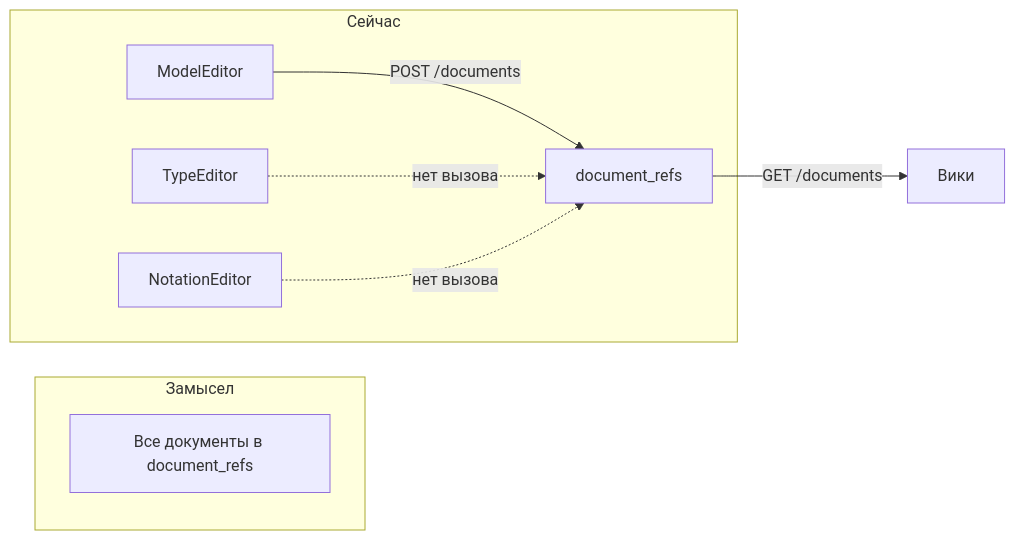
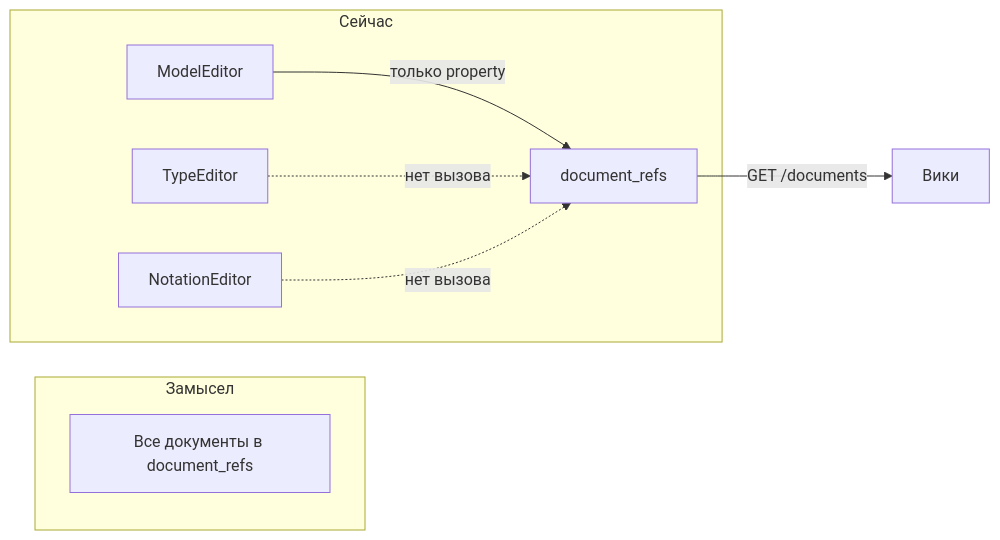
The diagram in docs/wiki-user-docs-plan.md (satellite13/warchi), drawn with Mermaid before and after one commit. The commit also changed other lines of this file and 12 other files, not shown here.

````diff
--- a/docs/wiki-user-docs-plan.md
+++ b/docs/wiki-user-docs-plan.md
@@ -33,12 +37,12 @@
 ```mermaid
 flowchart LR
   subgraph intent [Замысел]
     AllDocs[Все документы в document_refs]
   end
   subgraph current [Сейчас]
-    ModelEditor[ModelEditor] -->|POST /documents| Refs[document_refs]
+    ModelEditor[ModelEditor] -->|"только property"| Refs[document_refs]
     TypeEditor[TypeEditor] -.->|нет вызова| Refs
     NotationEditor[NotationEditor] -.->|нет вызова| Refs
   end
   Refs -->|GET /documents| Wiki[Вики]
 ```
````
